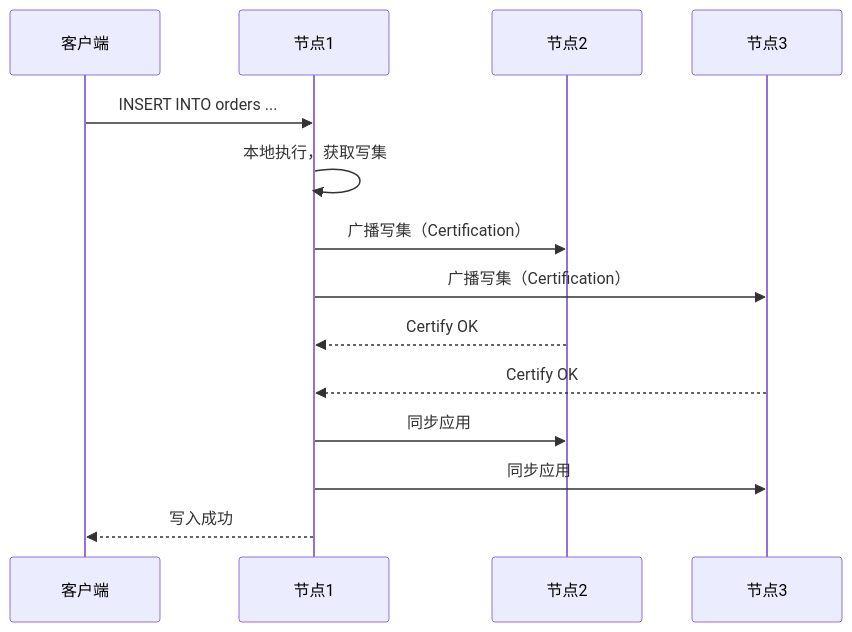
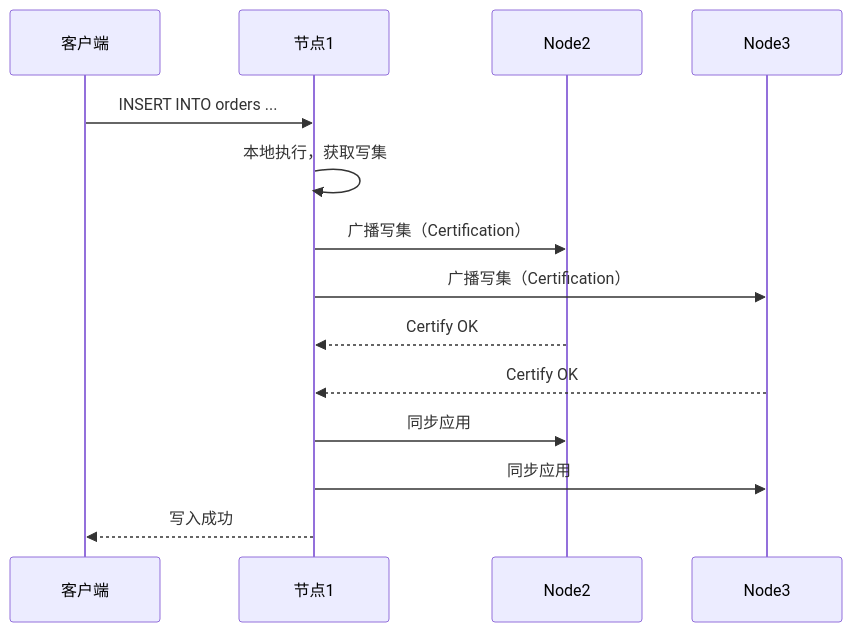
The second of 3 diagrams in docs/distributed-theory/replication-partitioning/multi-master.mdx (xinrun0928/ArchNexus), drawn with Mermaid before and after one commit. The commit also changed 17 other files, not shown here.

````diff
--- a/docs/distributed-theory/replication-partitioning/multi-master.mdx
+++ b/docs/distributed-theory/replication-partitioning/multi-master.mdx
@@ -138,17 +138,17 @@
 ```mermaid
 sequenceDiagram
     participant Client as 客户端
     participant Node1 as 节点1
-    participant Node2 as 节点2
-    participant Node3 as 节点3
+    participant Node2 as Node2
+    participant Node3 as Node3
 
     Client->>Node1: INSERT INTO orders ...
     Node1->>Node1: 本地执行，获取写集
     Node1->>Node2: 广播写集（Certification）
     Node1->>Node3: 广播写集（Certification）
     Node2-->>Node1: Certify OK
     Node3-->>Node1: Certify OK
     Node1->>Node2: 同步应用
     Node1->>Node3: 同步应用
     Node1-->>Client: 写入成功
 ```
````
